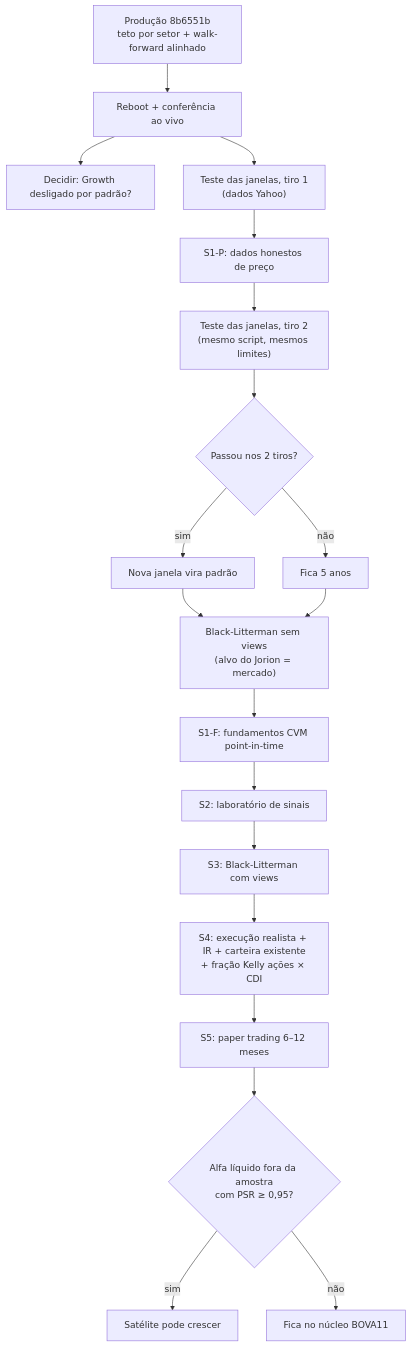
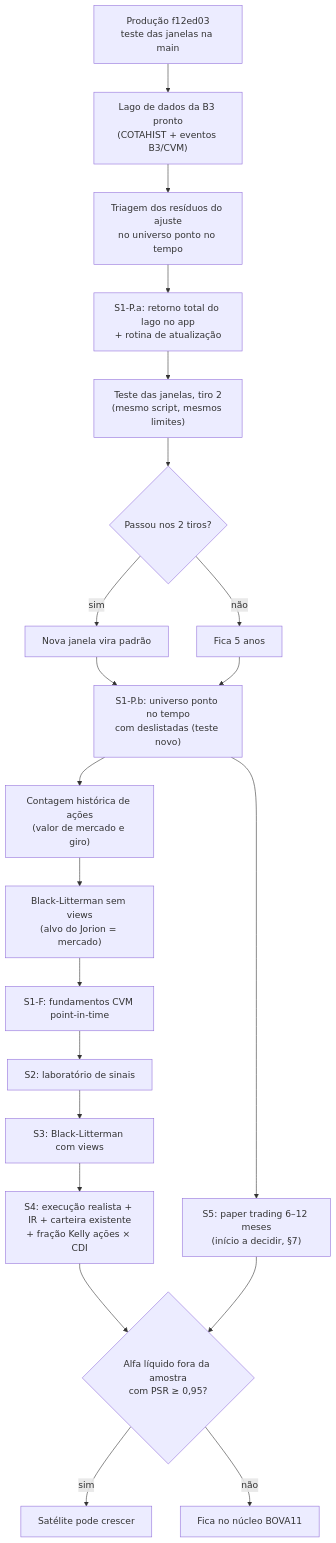
Before and after one commit to GabrielScript/Portfolio-Optimization: the diagram in docs/ROTEIRO.md, drawn with Mermaid. The commit also changed other lines of this file and 2 other files, not shown here.

First line of the commit message:
docs: roteiro e README com o lago de dados da B3

````diff
--- a/docs/ROTEIRO.md
+++ b/docs/ROTEIRO.md
@@ -50,21 +54,23 @@
 ```mermaid
 flowchart TD
-    A["Produção 8b6551b<br/>teto por setor + walk-forward alinhado"] --> B["Reboot + conferência ao vivo"]
-    B --> G0["Decidir: Growth desligado por padrão?"]
-    B --> C["Teste das janelas, tiro 1<br/>(dados Yahoo)"]
-    C --> D["S1-P: dados honestos de preço"]
+    A["Produção f12ed03<br/>teste das janelas na main"] --> L["Lago de dados da B3 pronto<br/>(COTAHIST + eventos B3/CVM)"]
+    L --> R["Triagem dos resíduos do ajuste<br/>no universo ponto no tempo"]
+    R --> D["S1-P.a: retorno total do lago no app<br/>+ rotina de atualização"]
     D --> E["Teste das janelas, tiro 2<br/>(mesmo script, mesmos limites)"]
     E --> F{"Passou nos 2 tiros?"}
     F -- sim --> F1["Nova janela vira padrão"]
     F -- não --> F2["Fica 5 anos"]
-    F1 --> BL["Black-Litterman sem views<br/>(alvo do Jorion = mercado)"]
-    F2 --> BL
+    F1 --> PB["S1-P.b: universo ponto no tempo<br/>com deslistadas (teste novo)"]
+    F2 --> PB
+    PB --> S5["S5: paper trading 6–12 meses<br/>(início a decidir, §7)"]
+    PB --> CAP["Contagem histórica de ações<br/>(valor de mercado e giro)"]
+    CAP --> BL["Black-Litterman sem views<br/>(alvo do Jorion = mercado)"]
     BL --> S1F["S1-F: fundamentos CVM point-in-time"]
     S1F --> S2["S2: laboratório de sinais"]
     S2 --> S3["S3: Black-Litterman com views"]
     S3 --> S4["S4: execução realista + IR + carteira existente<br/>+ fração Kelly ações × CDI"]
-    S4 --> S5["S5: paper trading 6–12 meses"]
-    S5 --> OK{"Alfa líquido fora da amostra<br/>com PSR ≥ 0,95?"}
+    S4 --> OK{"Alfa líquido fora da amostra<br/>com PSR ≥ 0,95?"}
+    S5 --> OK
     OK -- sim --> SAT["Satélite pode crescer"]
     OK -- não --> NUC["Fica no núcleo BOVA11"]
 ```
````
